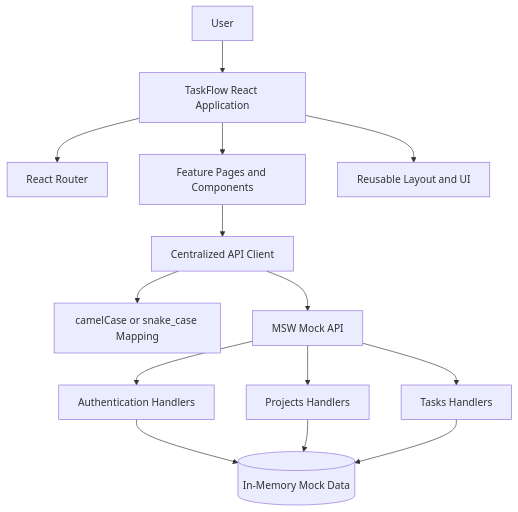
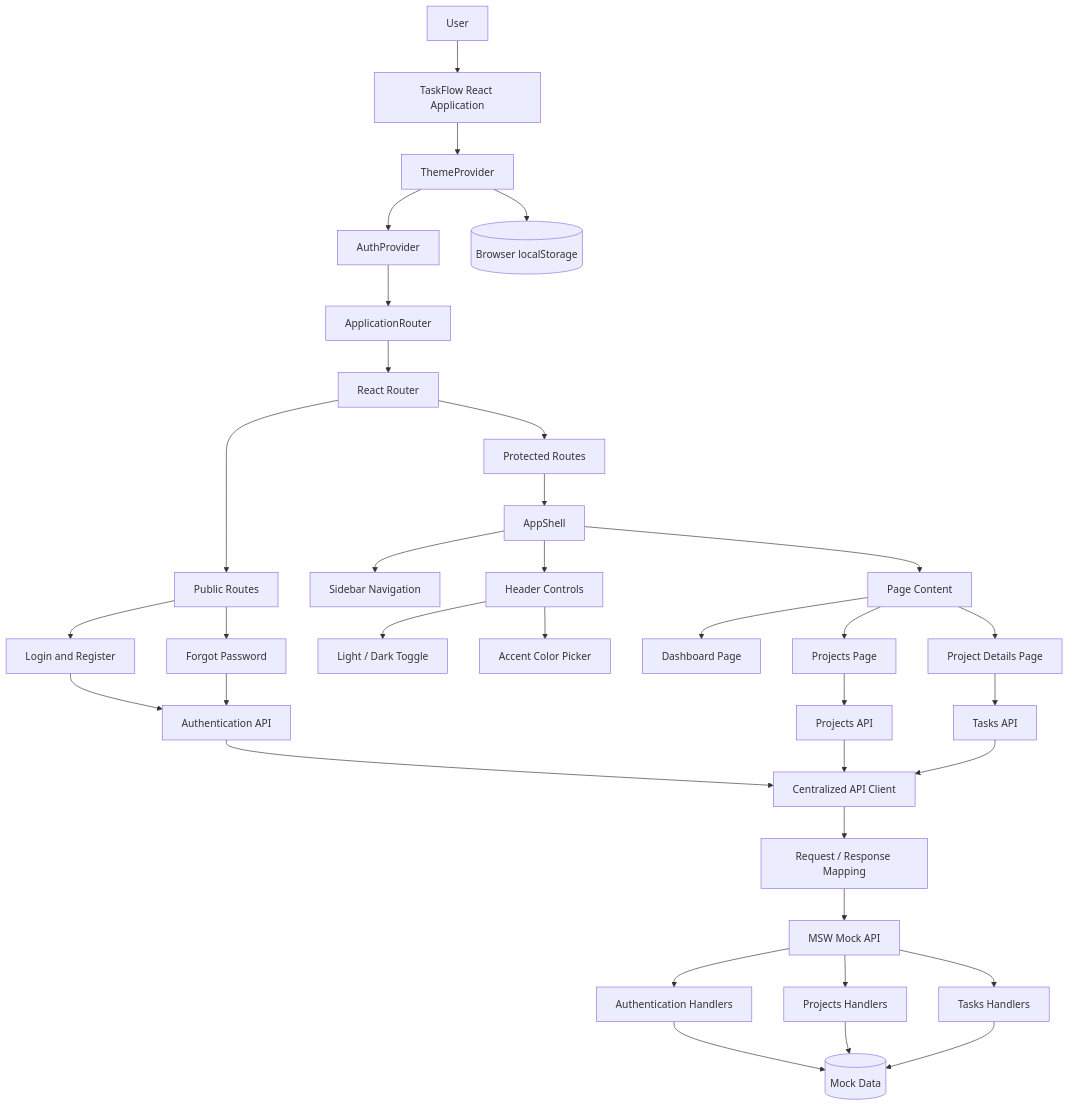
Before and after one commit to Hekal74/taskflow: the diagram in docs/diagrams/system-architecture.mmd, drawn with Mermaid. The commit also changed 9 other files, not shown here.

```diff
--- a/docs/diagrams/system-architecture.mmd
+++ b/docs/diagrams/system-architecture.mmd
@@ -1,18 +1,50 @@
+
 flowchart TD
     User[User] --> App[TaskFlow React Application]
 
-    App --> Router[React Router]
-    App --> Features[Feature Pages and Components]
-    App --> Shared[Reusable Layout and UI]
+    App --> ThemeProvider[ThemeProvider]
+    ThemeProvider --> AuthProvider[AuthProvider]
+    AuthProvider --> ApplicationRouter[ApplicationRouter]
 
-    Features --> API[Centralized API Client]
-    API --> Mapping[camelCase or snake_case Mapping]
-    API --> MSW[MSW Mock API]
+    ApplicationRouter --> Router[React Router]
 
-    MSW --> Auth[Authentication Handlers]
-    MSW --> Projects[Projects Handlers]
-    MSW --> Tasks[Tasks Handlers]
+    Router --> PublicRoutes[Public Routes]
+    Router --> ProtectedRoutes[Protected Routes]
 
-    Auth --> Data[(In-Memory Mock Data)]
-    Projects --> Data
-    Tasks --> Data
+    PublicRoutes --> AuthPages[Login and Register]
+    PublicRoutes --> ForgotPassword[Forgot Password]
+
+    ProtectedRoutes --> AppShell[AppShell]
+
+    AppShell --> Navigation[Sidebar Navigation]
+    AppShell --> Header[Header Controls]
+    AppShell --> PageContent[Page Content]
+
+    Header --> ThemeToggle[Light / Dark Toggle]
+    Header --> AccentPicker[Accent Color Picker]
+
+    PageContent --> Dashboard[Dashboard Page]
+    PageContent --> Projects[Projects Page]
+    PageContent --> ProjectDetails[Project Details Page]
+
+    Projects --> ProjectAPI[Projects API]
+    ProjectDetails --> TaskAPI[Tasks API]
+    AuthPages --> AuthAPI[Authentication API]
+    ForgotPassword --> AuthAPI
+
+    ProjectAPI --> APIClient[Centralized API Client]
+    TaskAPI --> APIClient
+    AuthAPI --> APIClient
+
+    APIClient --> Mapping[Request / Response Mapping]
+    Mapping --> MSW[MSW Mock API]
+
+    MSW --> AuthHandlers[Authentication Handlers]
+    MSW --> ProjectHandlers[Projects Handlers]
+    MSW --> TaskHandlers[Tasks Handlers]
+
+    AuthHandlers --> MockData[(Mock Data)]
+    ProjectHandlers --> MockData
+    TaskHandlers --> MockData
+
+    ThemeProvider --> Preferences[(Browser localStorage)]
```
